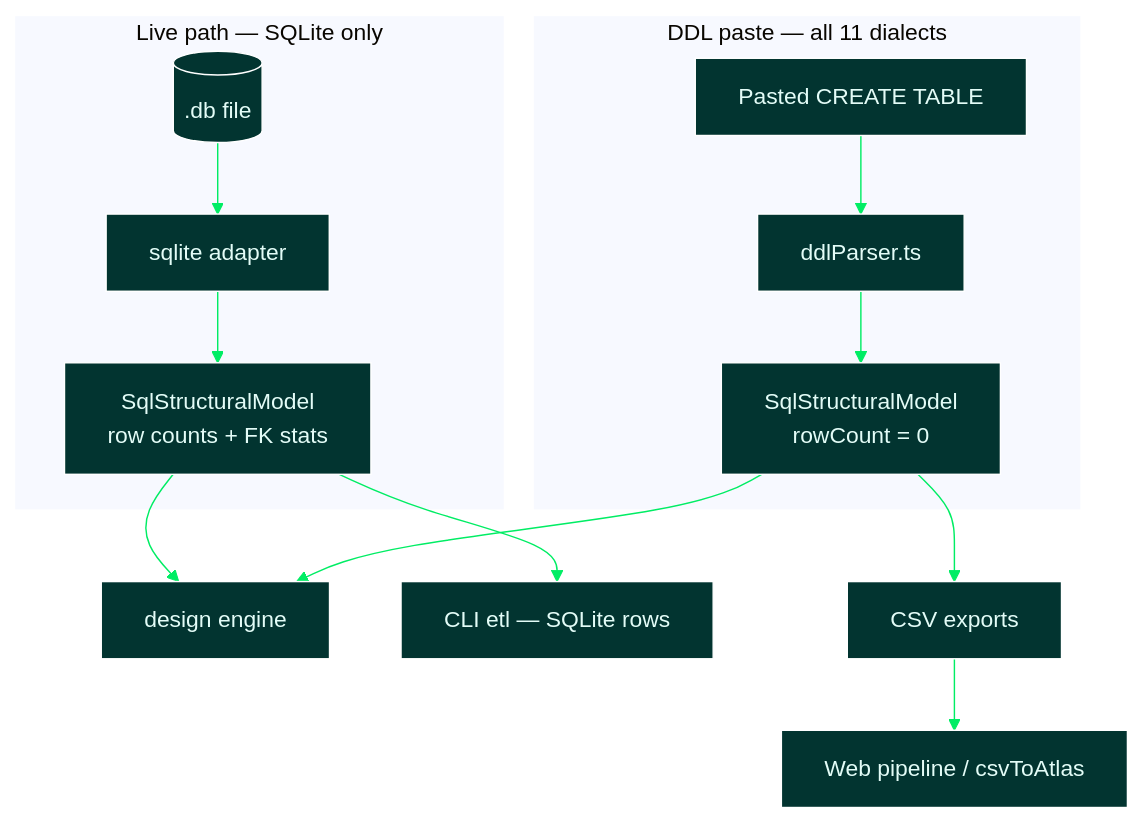
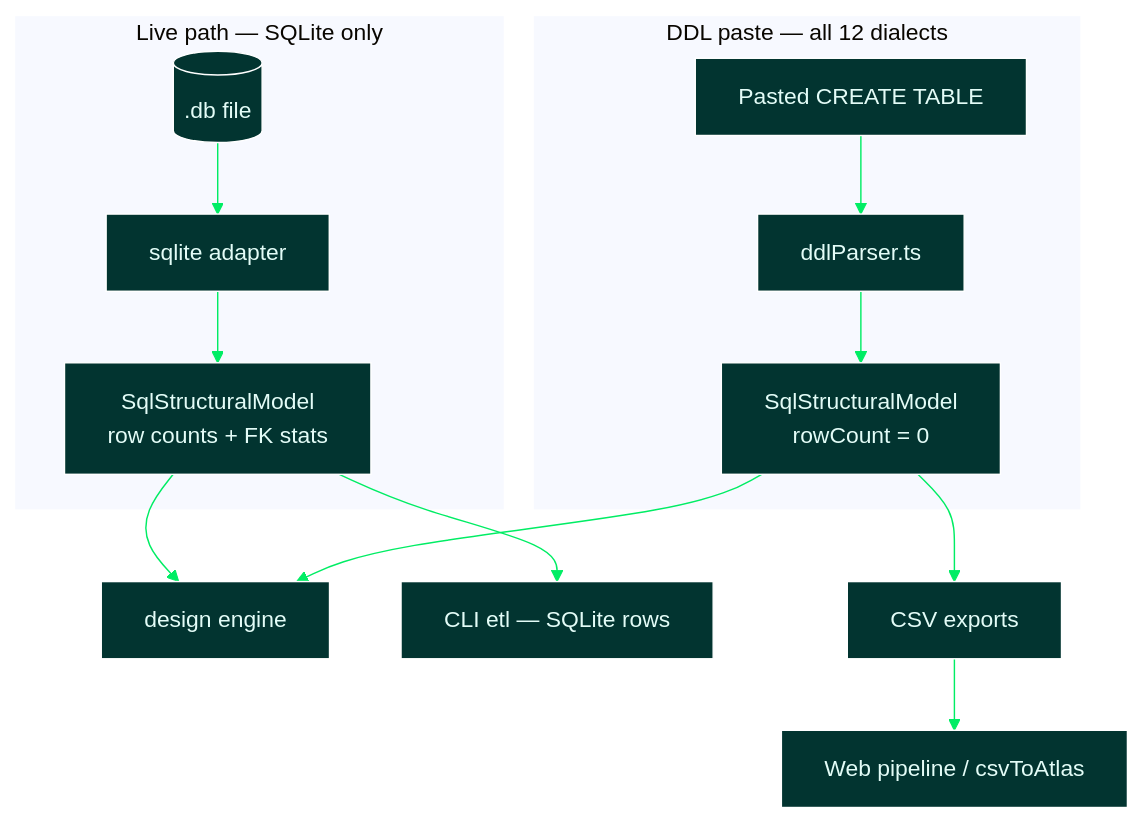
The diagram in docs/18-sql-dialects.md (7erry/hvyMETL), drawn with Mermaid before and after one commit. The commit also changed other lines of this file and 7 other files, not shown here.

````diff
--- a/docs/18-sql-dialects.md
+++ b/docs/18-sql-dialects.md
@@ -48,17 +49,17 @@
 ```mermaid
 %%{init:{"theme":"base","themeVariables":{"darkMode":true,"background":"#001E2B","mainBkg":"#023430","primaryTextColor":"#E3FCF7","lineColor":"#00ED64","textColor":"#E3FCF7"}}}%%
 flowchart TB
     subgraph live [Live path — SQLite only]
         FILE[(.db file)] --> ADAPTER[sqlite adapter]
         ADAPTER --> MODEL[SqlStructuralModel<br/>row counts + FK stats]
     end
-    subgraph ddl [DDL paste — all 11 dialects]
+    subgraph ddl [DDL paste — all 12 dialects]
         PASTE[Pasted CREATE TABLE] --> PARSER[ddlParser.ts]
         PARSER --> MODEL2[SqlStructuralModel<br/>rowCount = 0]
     end
     MODEL --> DESIGN[design engine]
     MODEL2 --> DESIGN
     MODEL --> ETL_CLI[CLI etl — SQLite rows]
     MODEL2 --> CSV[CSV exports]
     CSV --> PIPELINE[Web pipeline / csvToAtlas]
 ```
````
